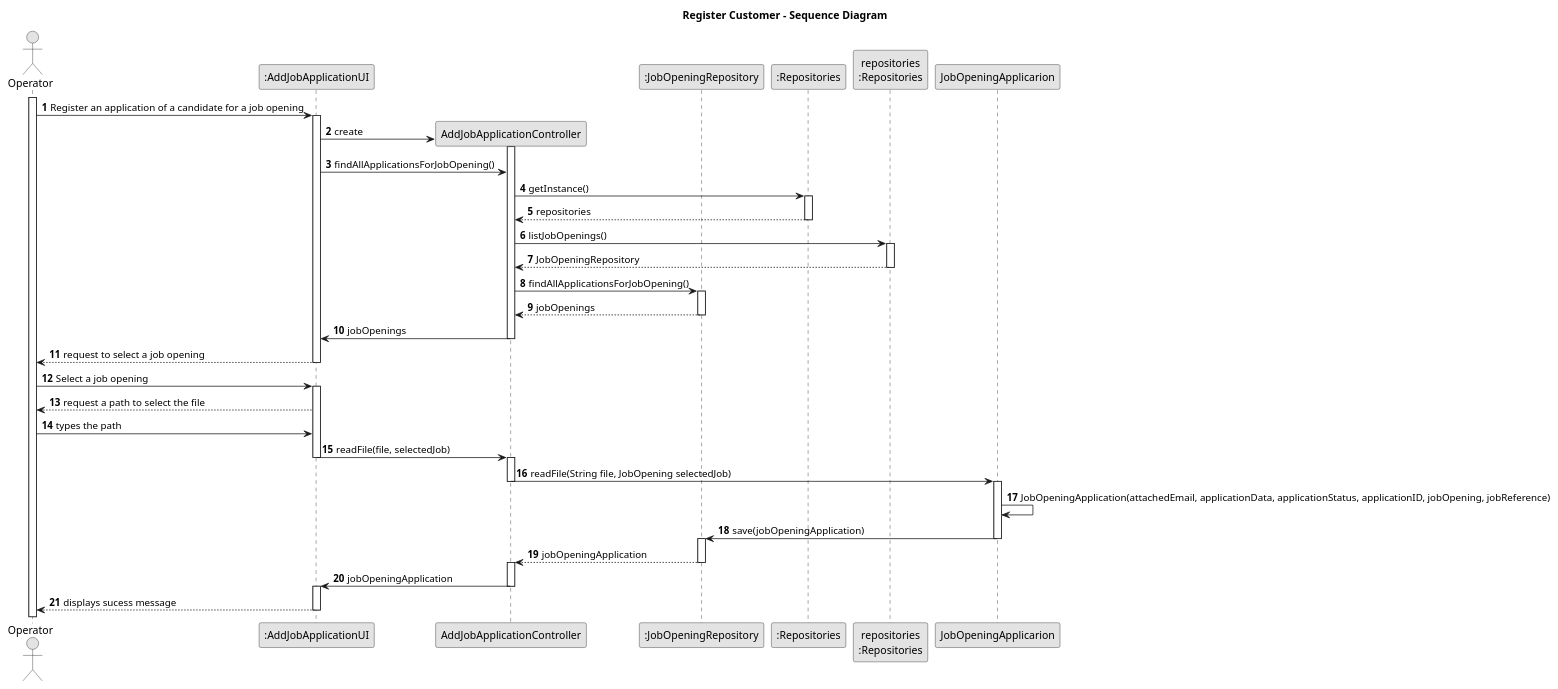
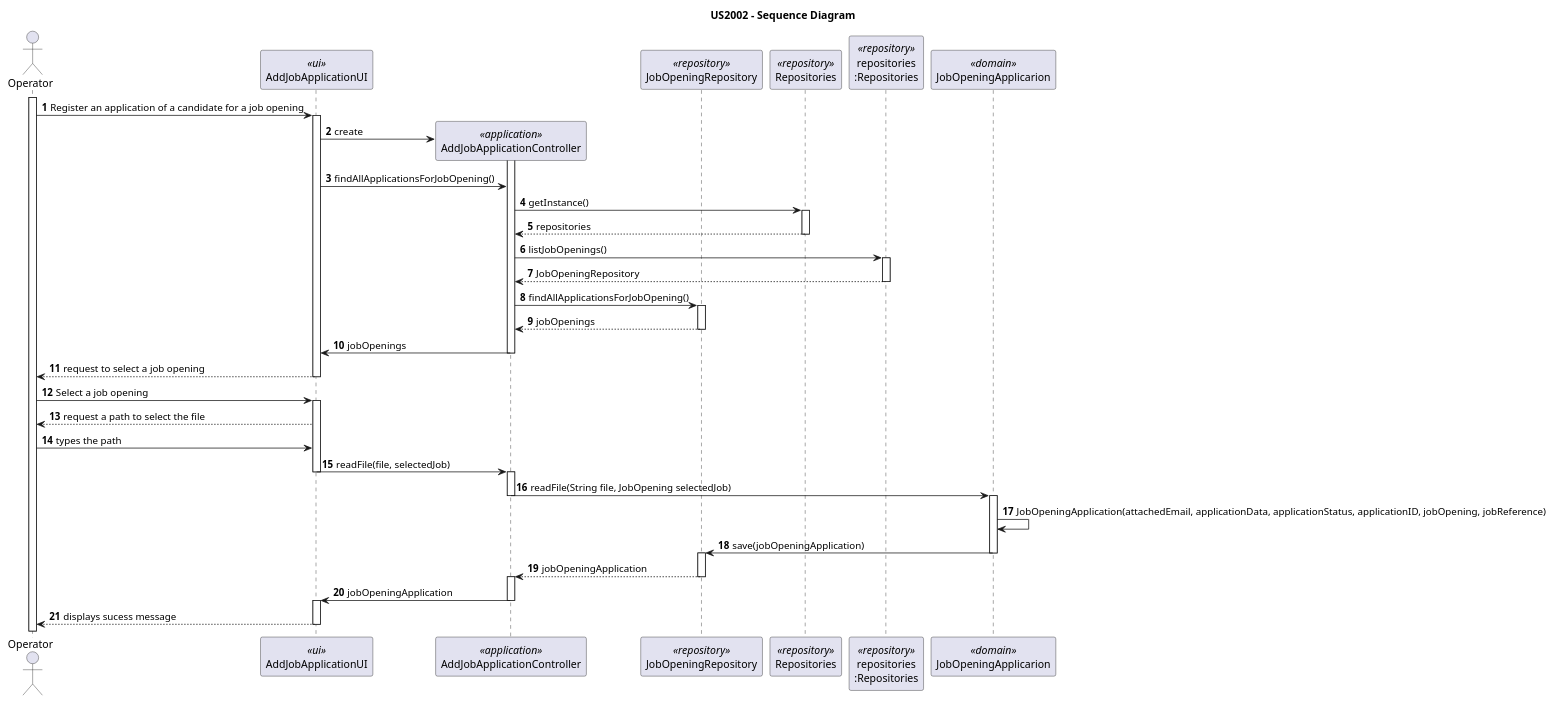
The diagram in docs/sprintB/2002/2002-sequence-diagram-puml.puml (marcoferreira37/Lapr4), drawn with PlantUML before and after one commit. The commit also changed 2 other files, not shown here.

```diff
--- a/docs/sprintB/2002/2002-sequence-diagram-puml.puml
+++ b/docs/sprintB/2002/2002-sequence-diagram-puml.puml
@@ -1,85 +1,85 @@
 @startuml
 'https://plantuml.com/use-case-diagram
-skinparam monochrome true
 skinparam packageStyle rectangle
 skinparam shadowing false
 autonumber
 
-title Register Customer - Sequence Diagram
+title US2002 - Sequence Diagram
 
 
 actor "Operator" as OP
-participant ":AddJobApplicationUI" as UI
-participant "AddJobApplicationController" as Controller
-participant ":JobOpeningRepository" as OPrepo
-participant ":Repositories" as repo
-participant "repositories\n:Repositories" as PLAT
-participant "JobOpeningApplicarion" as JOA
+participant "AddJobApplicationUI" as UI <<ui>>
+participant "AddJobApplicationController" as Controller <<application>>
+participant "JobOpeningRepository" as OPrepo <<repository>>
+participant "Repositories" as repo <<repository>>
+participant "repositories\n:Repositories" as PLAT <<repository>>
+participant "JobOpeningApplicarion" as JOA <<domain>>
 
 
 
 
 activate OP
 
     OP -> UI:  Register an application of a candidate for a job opening
     activate UI
 
         UI -> Controller **: create
         activate Controller
         UI -> Controller: findAllApplicationsForJobOpening()
         Controller -> repo: getInstance()
         activate repo
 
             repo --> Controller : repositories
         deactivate repo
         Controller -> PLAT: listJobOpenings()
         activate PLAT
 
             PLAT --> Controller: JobOpeningRepository
         deactivate PLAT
         Controller -> OPrepo: findAllApplicationsForJobOpening()
         activate OPrepo
 
             OPrepo --> Controller: jobOpenings
             deactivate OPrepo
 
 
         Controller -> UI: jobOpenings
         deactivate Controller
         UI --> OP: request to select a job opening
         deactivate UI
         OP -> UI: Select a job opening
         activate UI
 
         UI --> OP : request a path to select the file
         OP -> UI: types the path
 
         UI -> Controller: readFile(file, selectedJob)
         deactivate UI
         activate Controller
 
         Controller ->  JOA : readFile(String file, JobOpening selectedJob)
         deactivate Controller
 
         activate JOA
 
         JOA -> JOA : JobOpeningApplication(attachedEmail, applicationData, applicationStatus, applicationID, jobOpening, jobReference)
         JOA -> OPrepo : save(jobOpeningApplication)
         deactivate JOA
         activate OPrepo
 
         OPrepo --> Controller : jobOpeningApplication
         deactivate OPrepo
 
         activate Controller
 
         Controller -> UI: jobOpeningApplication
         deactivate Controller
 
         activate UI
+
         UI --> OP: displays sucess message
 
         deactivate UI
 
 
      @enduml
```
